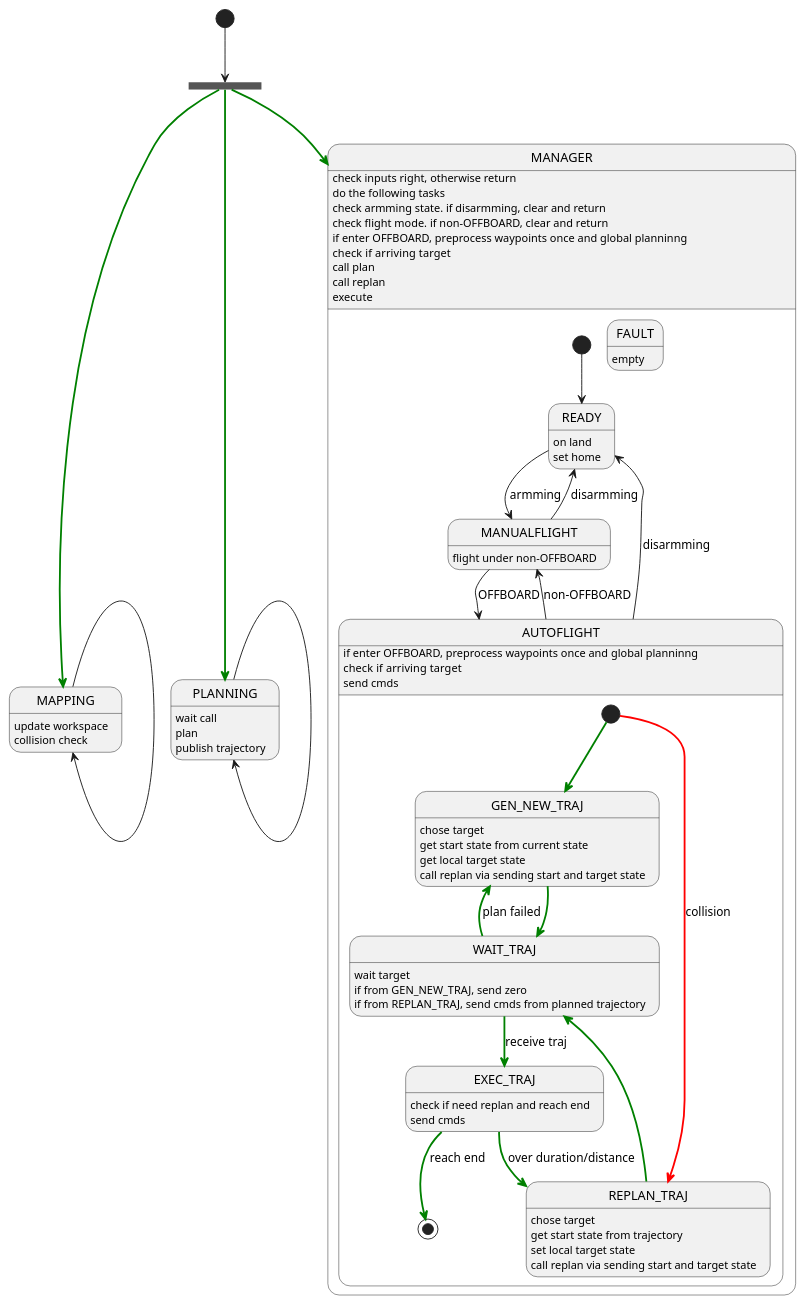
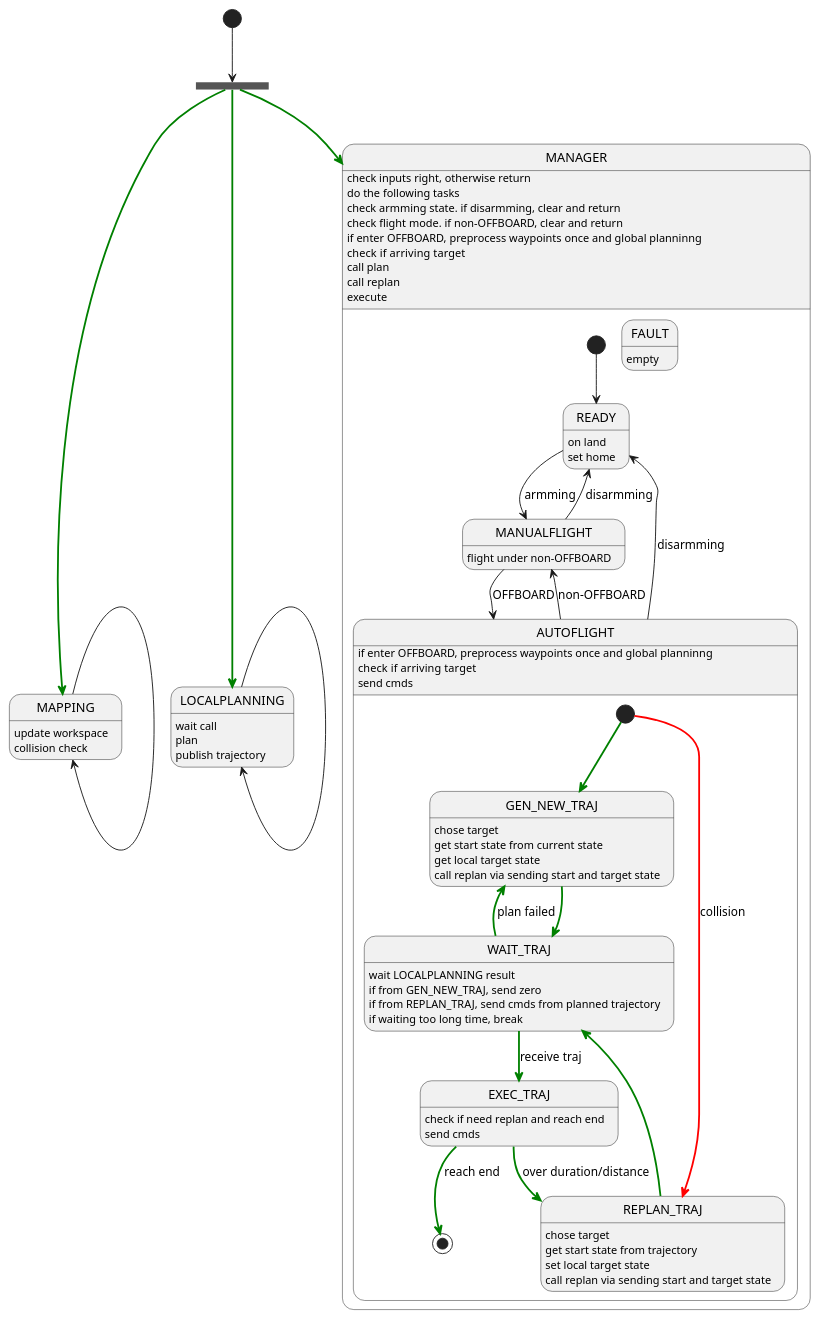
The diagram in state.puml (SEU-Drones/yfoa), drawn with PlantUML before and after one commit. The commit also changed 9 other files, not shown here.

```diff
--- a/state.puml
+++ b/state.puml
@@ -1,91 +1,93 @@
 @startuml
 hide empty description
 
 
 state MAPPING: update workspace
 MAPPING: collision check
 MAPPING-->MAPPING
 
-state PLANNING: wait call
-PLANNING: plan
-PLANNING: publish trajectory
-PLANNING-->PLANNING
+state LOCALPLANNING: wait call
+LOCALPLANNING: plan
+LOCALPLANNING: publish trajectory
+LOCALPLANNING-->LOCALPLANNING
 
 
 state MANAGER: check inputs right, otherwise return
 state MANAGER: do the following tasks
 state MANAGER: check armming state. if disarmming, clear and return
 state MANAGER: check flight mode. if non-OFFBOARD, clear and return
 state MANAGER: if enter OFFBOARD, preprocess waypoints once and global planninng
 state MANAGER: check if arriving  target
 state MANAGER: call plan
 state MANAGER: call replan
 state MANAGER: execute
 
 state MANAGER{
 
     state READY: on land
     READY: set home
 
     state MANUALFLIGHT: flight under non-OFFBOARD
     ' MANUALFLIGHT: if enter OFFBOARD, preprocess waypoints
 
     state AUTOFLIGHT: if enter OFFBOARD, preprocess waypoints once and global planninng
     AUTOFLIGHT: check if arriving  target
     AUTOFLIGHT: send cmds
     state AUTOFLIGHT{
         state GEN_NEW_TRAJ: chose target
         GEN_NEW_TRAJ: get start state from current state
         GEN_NEW_TRAJ: get local target state
         GEN_NEW_TRAJ: call replan via sending start and target state
 
         state REPLAN_TRAJ: chose target
         REPLAN_TRAJ: get start state from trajectory
         REPLAN_TRAJ: set local target state
         REPLAN_TRAJ: call replan via sending start and target state
 
         state EXEC_TRAJ: check if need replan and reach end
         EXEC_TRAJ: send cmds
 
-        state WAIT_TRAJ: wait target
+        state WAIT_TRAJ: wait LOCALPLANNING result
         WAIT_TRAJ: if from GEN_NEW_TRAJ, send zero
         WAIT_TRAJ: if from REPLAN_TRAJ, send cmds from planned trajectory
+        WAIT_TRAJ: if waiting too long time, break
+
 
         [*]-[#green,bold]-->GEN_NEW_TRAJ
         [*]-[#red,bold]-->REPLAN_TRAJ: collision
 
         GEN_NEW_TRAJ-[#green,bold]->WAIT_TRAJ
         WAIT_TRAJ-[#green,bold]->GEN_NEW_TRAJ: plan failed
 
         WAIT_TRAJ-[#green,bold]->EXEC_TRAJ: receive traj
         EXEC_TRAJ-[#green,bold]->REPLAN_TRAJ: over duration/distance
 
         REPLAN_TRAJ-[#green,bold]->WAIT_TRAJ
 
         EXEC_TRAJ-[#green,bold]->[*]: reach end
     }
 
     state FAULT: empty
 
     ' [*] -[#green,bold]-> IDLE: initialization
     [*]-->READY
     READY --> MANUALFLIGHT: armming
     MANUALFLIGHT-->READY: disarmming
     ' MANUALFLIGHT --> MANUALFLIGHT
     MANUALFLIGHT --> AUTOFLIGHT: OFFBOARD
     AUTOFLIGHT --> MANUALFLIGHT: non-OFFBOARD
     AUTOFLIGHT --> READY: disarmming
 
 }
 
 state fork_state <<fork>>
 [*]-->fork_state
 fork_state-[#green,bold]->MANAGER
 fork_state-[#green,bold]->MAPPING
-fork_state-[#green,bold]->PLANNING
+fork_state-[#green,bold]->LOCALPLANNING
 
 
 
 
 
 @enduml
```
